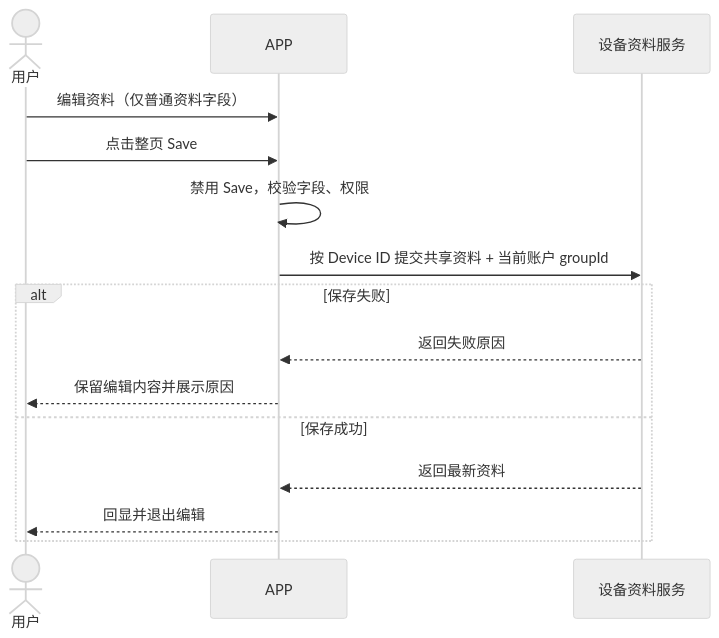
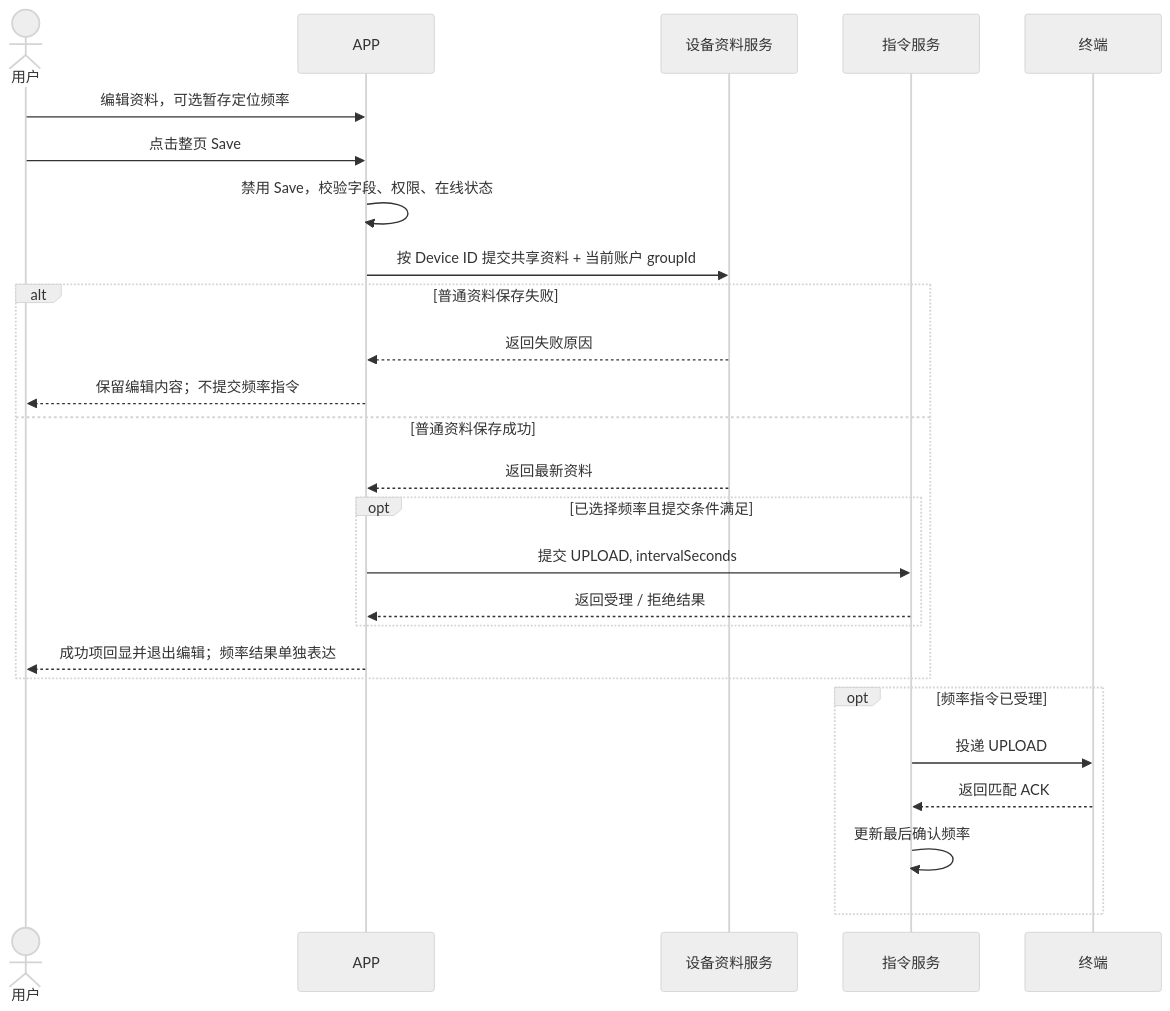
Before and after one commit to CuMgNa/skills: diagram 13 of 16 in docs/manuals/革泰/逻辑大纲/革泰 APP 设备管理逻辑点梳理 plan.md, drawn with Mermaid (neutral theme). The commit also changed other lines of this file and 2 other files, not shown here.

````diff
--- a/docs/manuals/革泰/逻辑大纲/革泰 APP 设备管理逻辑点梳理 plan.md
+++ b/docs/manuals/革泰/逻辑大纲/革泰 APP 设备管理逻辑点梳理 plan.md
@@ -1081,18 +1091,29 @@
 ```mermaid
 sequenceDiagram
     actor User as 用户
     participant App as APP
     participant Profile as 设备资料服务
+    participant Command as 指令服务
+    participant Device as 终端
 
-    User->>App: 编辑资料（仅普通资料字段）
+    User->>App: 编辑资料，可选暂存定位频率
     User->>App: 点击整页 Save
-    App->>App: 禁用 Save，校验字段、权限
+    App->>App: 禁用 Save，校验字段、权限、在线状态
     App->>Profile: 按 Device ID 提交共享资料 + 当前账户 groupId
-    alt 保存失败
+    alt 普通资料保存失败
         Profile-->>App: 返回失败原因
-        App-->>User: 保留编辑内容并展示原因
-    else 保存成功
+        App-->>User: 保留编辑内容；不提交频率指令
+    else 普通资料保存成功
         Profile-->>App: 返回最新资料
-        App-->>User: 回显并退出编辑
+        opt 已选择频率且提交条件满足
+            App->>Command: 提交 UPLOAD, intervalSeconds
+            Command-->>App: 返回受理 / 拒绝结果
+        end
+        App-->>User: 成功项回显并退出编辑；频率结果单独表达
+    end
+    opt 频率指令已受理
+        Command->>Device: 投递 UPLOAD
+        Device-->>Command: 返回匹配 ACK
+        Command->>Command: 更新最后确认频率
     end
 ```
````
